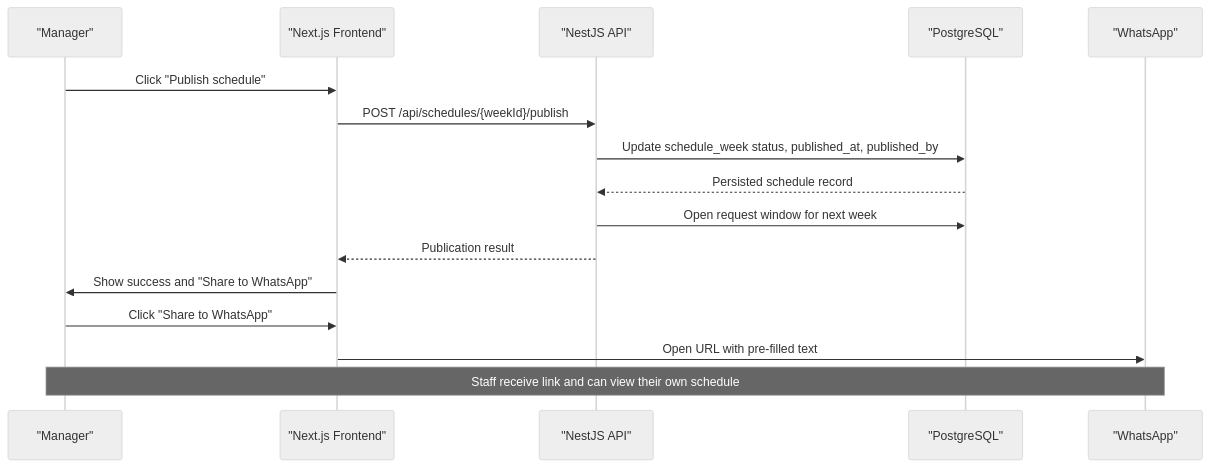
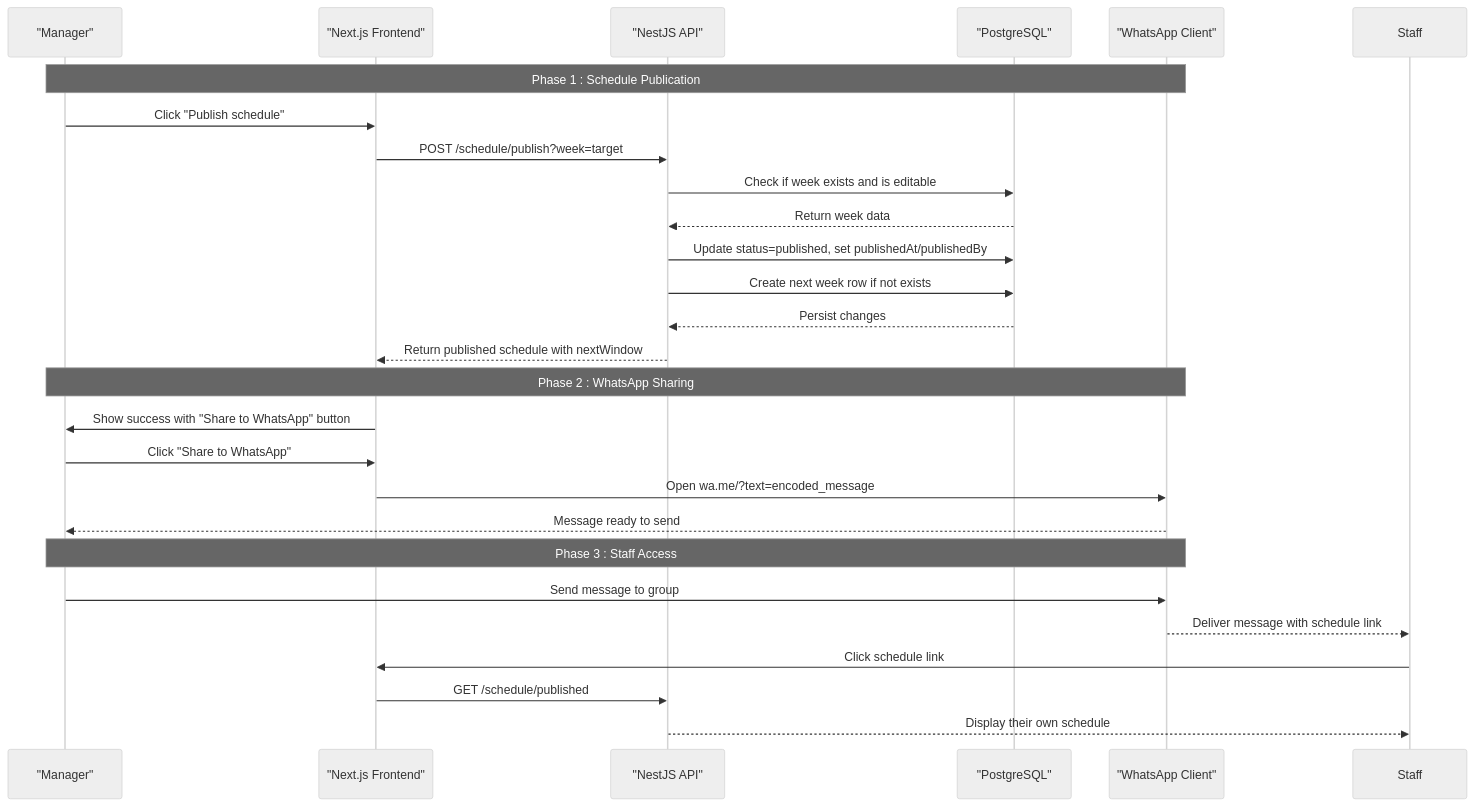
One commit to epo33m/scheduling changed the second of 8 diagrams in .qoder/repowiki/en/content/Product Requirements Document/Functional Specifications/Publishing Module (F6).md. Above: the diagram before and after it, drawn with Mermaid (neutral theme). The commit also changed other lines of this file and 77 other files, not shown here.

````diff
--- a/.qoder/repowiki/en/content/Product Requirements Document/Functional Specifications/Publishing Module (F6).md
+++ b/.qoder/repowiki/en/content/Product Requirements Document/Functional Specifications/Publishing Module (F6).md
@@ -81,18 +103,28 @@
 ```mermaid
 sequenceDiagram
 participant Manager as "Manager"
 participant Frontend as "Next.js Frontend"
 participant API as "NestJS API"
 participant DB as "PostgreSQL"
-participant WhatsApp as "WhatsApp"
+participant WhatsApp as "WhatsApp Client"
+Note over Manager,WhatsApp : Phase 1 : Schedule Publication
 Manager->>Frontend : Click "Publish schedule"
-Frontend->>API : POST /api/schedules/{weekId}/publish
-API->>DB : Update schedule_week status, published_at, published_by
-DB-->>API : Persisted schedule record
-API->>DB : Open request window for next week
-API-->>Frontend : Publication result
-Frontend->>Manager : Show success and "Share to WhatsApp"
+Frontend->>API : POST /schedule/publish?week=target
+API->>DB : Check if week exists and is editable
+DB-->>API : Return week data
+API->>DB : Update status=published, set publishedAt/publishedBy
+API->>DB : Create next week row if not exists
+DB-->>API : Persist changes
+API-->>Frontend : Return published schedule with nextWindow
+Note over Manager,WhatsApp : Phase 2 : WhatsApp Sharing
+Frontend->>Manager : Show success with "Share to WhatsApp" button
 Manager->>Frontend : Click "Share to WhatsApp"
-Frontend->>WhatsApp : Open URL with pre-filled text
-Note over Manager,WhatsApp : Staff receive link and can view their own schedule
+Frontend->>WhatsApp : Open wa.me/?text=encoded_message
+WhatsApp-->>Manager : Message ready to send
+Note over Manager,WhatsApp : Phase 3 : Staff Access
+Manager->>WhatsApp : Send message to group
+WhatsApp-->>Staff : Deliver message with schedule link
+Staff->>Frontend : Click schedule link
+Frontend->>API : GET /schedule/published
+API-->>Staff : Display their own schedule
 ```
````
